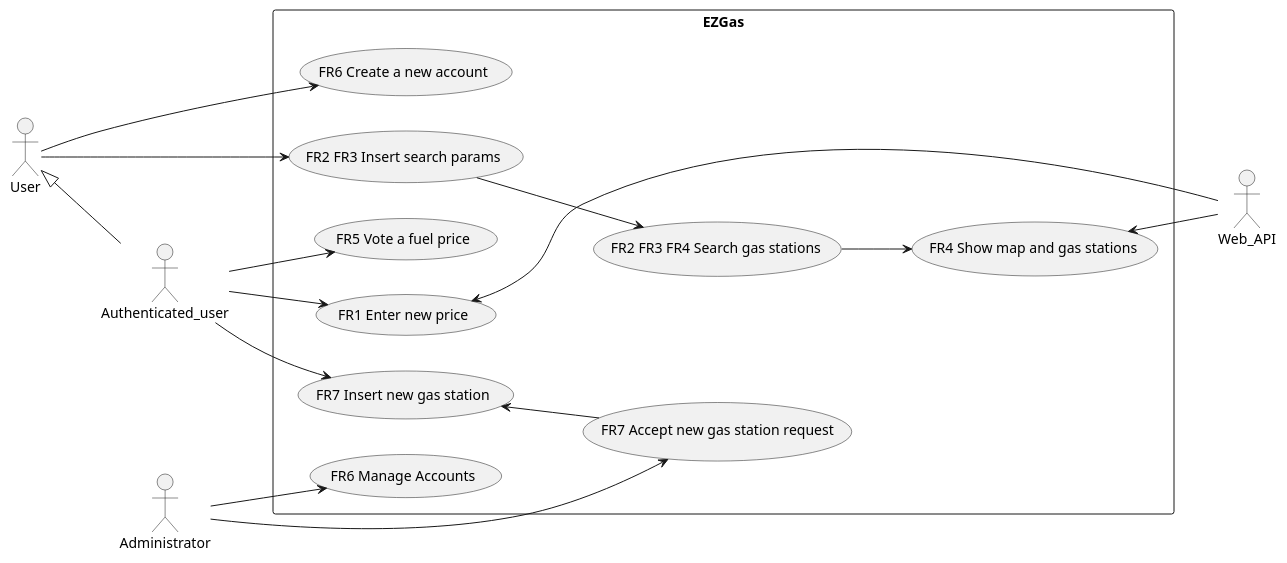
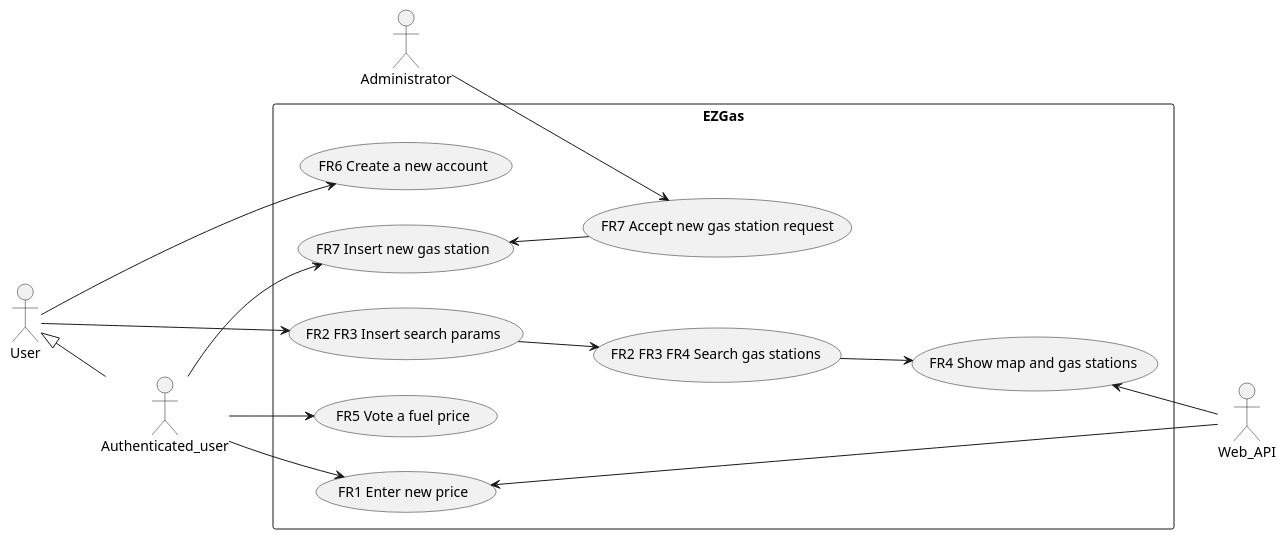
One commit to SE2-group4/SE1-project changed the second of 3 diagrams in docs/RequirementsDocument.md. Above: the diagram before and after it, drawn with PlantUML. The commit also changed other lines of this file, not shown here.

````diff
--- a/docs/RequirementsDocument.md
+++ b/docs/RequirementsDocument.md
@@ -116,30 +116,29 @@
 ```plantuml
 @startuml
 
 left to right direction
 
 Actor User as U
 Actor Authenticated_user as AU
 Actor Administrator as A
 Actor Web_API as WA
 
 U <|-- AU
 rectangle EZGas{
   U -> (FR6 Create a new account)
   U -> (FR2 FR3 Insert search params)
 
   AU --> (FR5 Vote a fuel price)
   AU --> (FR7 Insert new gas station)
-  A --> (FR6 Manage Accounts)
   A --> (FR7 Accept new gas station request)
   AU --> (FR1 Enter new price)
-  
+
   (FR4 Show map and gas stations) <-- WA
   (FR7 Insert new gas station) <-- (FR7 Accept new gas station request)
   (FR2 FR3 Insert search params) --> (FR2 FR3 FR4 Search gas stations)
   (FR2 FR3 FR4 Search gas stations) --> (FR4 Show map and gas stations)
   WA --> (FR1 Enter new price)
 }
 
 @enduml
 ```
````
